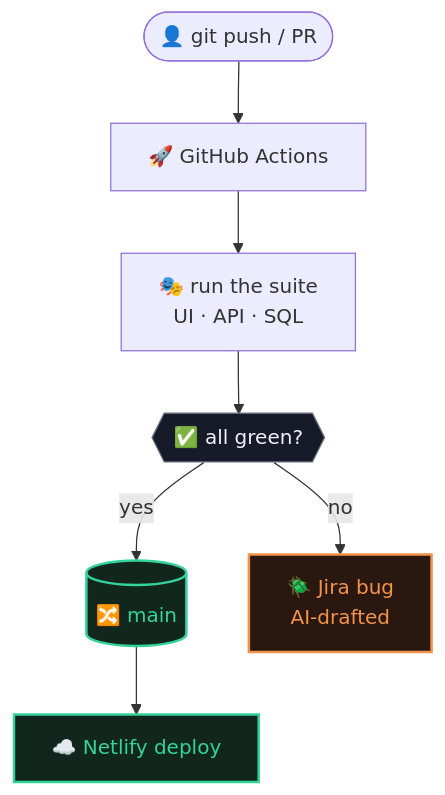
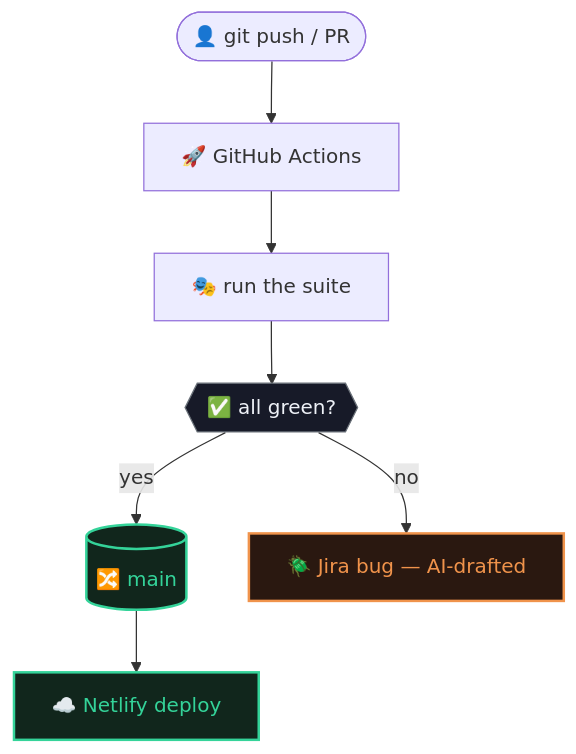
Before and after one commit to PashaGend/QA-Automation-project: the second of 2 diagrams in README.md, drawn with Mermaid. The commit also changed other lines of this file, not shown here.

````diff
--- a/README.md
+++ b/README.md
@@ -49,16 +40,16 @@
 ```mermaid
 flowchart TD
     PUSH(["👤 git push / PR"]) --> CI["🚀 GitHub Actions"]
-    CI --> RUN["🎭 run the suite<br/>UI · API · SQL"]
+    CI --> RUN["🎭 run the suite"]
     RUN --> GATE{{"✅ all green?"}}
     GATE -->|yes| MAIN[("🔀 main")]
     MAIN --> NETLIFY["☁️ Netlify deploy"]
-    GATE -->|no| JIRA["🪲 Jira bug<br/>AI-drafted"]
+    GATE -->|no| JIRA["🪲 Jira bug — AI-drafted"]
 
     classDef pass fill:#11261c,stroke:#34d399,stroke-width:2px,color:#34d399;
     classDef fail fill:#2a1810,stroke:#f0934b,stroke-width:2px,color:#f0934b;
     classDef neutral fill:#171a28,stroke:#6a7179,stroke-width:1px,color:#eef1f7;
     class GATE neutral;
     class MAIN,NETLIFY pass;
     class JIRA fail;
 ```
````
